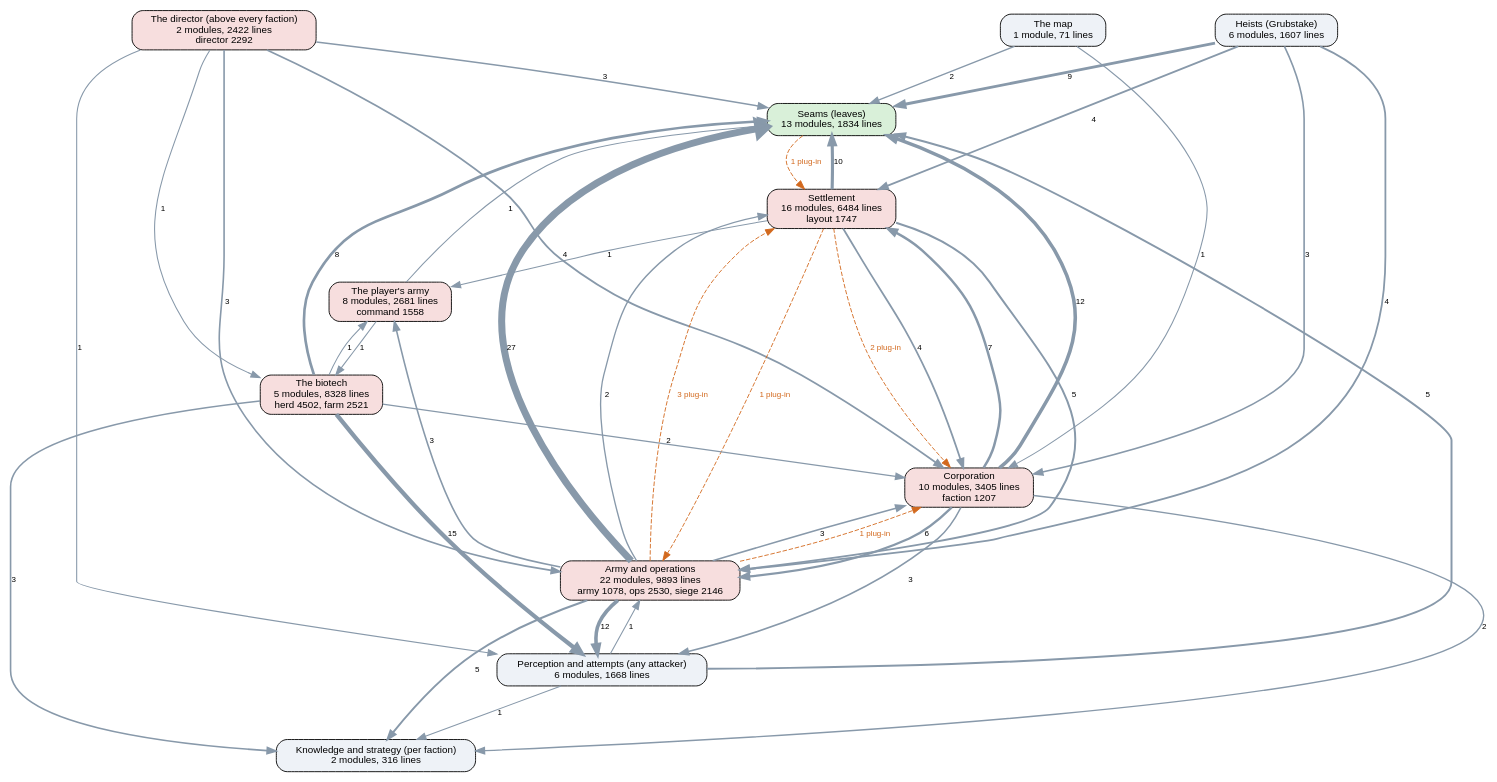
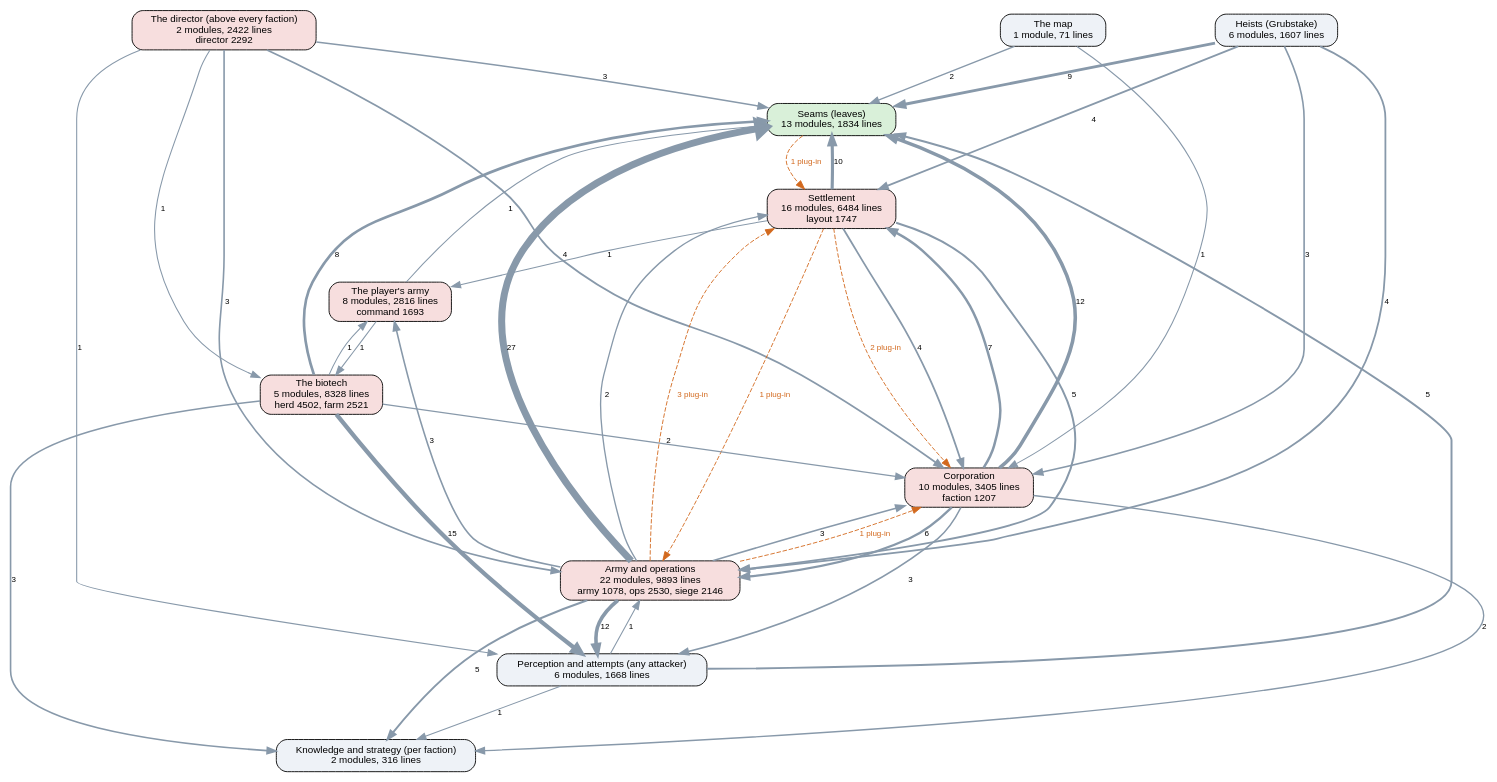
The diagram in docs/ai-layers.dot (kinelhu/landing-party), drawn with Graphviz before and after one commit. The commit also changed 20 other files, not shown here.

```diff
--- a/docs/ai-layers.dot
+++ b/docs/ai-layers.dot
@@ -1,57 +1,57 @@
 digraph layers {
   graph [rankdir=TB, fontname="Helvetica", nodesep=0.5, ranksep=0.7];
   node [shape=box, style="rounded,filled", fontname="Helvetica", fontsize=11, fillcolor="#eef2f7"];
   edge [color="#8899aa", fontname="Helvetica", fontsize=9];
   "Seams (leaves)" [label="Seams (leaves)\n13 modules, 1834 lines", fillcolor="#d9f0d9"];
   "Perception and attempts (any attacker)" [label="Perception and attempts (any attacker)\n6 modules, 1668 lines", fillcolor="#eef2f7"];
   "Knowledge and strategy (per faction)" [label="Knowledge and strategy (per faction)\n2 modules, 316 lines", fillcolor="#eef2f7"];
   "The director (above every faction)" [label="The director (above every faction)\n2 modules, 2422 lines\ndirector 2292", fillcolor="#f7dede"];
   "Corporation" [label="Corporation\n10 modules, 3405 lines\nfaction 1207", fillcolor="#f7dede"];
   "Settlement" [label="Settlement\n16 modules, 6484 lines\nlayout 1747", fillcolor="#f7dede"];
   "Army and operations" [label="Army and operations\n22 modules, 9893 lines\narmy 1078, ops 2530, siege 2146", fillcolor="#f7dede"];
   "Heists (Grubstake)" [label="Heists (Grubstake)\n6 modules, 1607 lines", fillcolor="#eef2f7"];
   "The biotech" [label="The biotech\n5 modules, 8328 lines\nherd 4502, farm 2521", fillcolor="#f7dede"];
   "The map" [label="The map\n1 module, 71 lines", fillcolor="#eef2f7"];
-  "The player's army" [label="The player's army\n8 modules, 2681 lines\ncommand 1558", fillcolor="#f7dede"];
+  "The player's army" [label="The player's army\n8 modules, 2816 lines\ncommand 1693", fillcolor="#f7dede"];
   "Army and operations" -> "Corporation" [label="3", penwidth=1.8];
   "Army and operations" -> "Knowledge and strategy (per faction)" [label="5", penwidth=2.2];
   "Army and operations" -> "Perception and attempts (any attacker)" [label="12", penwidth=4.0];
   "Army and operations" -> "Seams (leaves)" [label="27", penwidth=7.8];
   "Army and operations" -> "Settlement" [label="2", penwidth=1.5];
   "Army and operations" -> "The player's army" [label="3", penwidth=1.8];
   "Corporation" -> "Army and operations" [label="6", penwidth=2.5];
   "Corporation" -> "Knowledge and strategy (per faction)" [label="2", penwidth=1.5];
   "Corporation" -> "Perception and attempts (any attacker)" [label="3", penwidth=1.8];
   "Corporation" -> "Seams (leaves)" [label="12", penwidth=4.0];
   "Corporation" -> "Settlement" [label="7", penwidth=2.8];
   "Heists (Grubstake)" -> "Army and operations" [label="4", penwidth=2.0];
   "Heists (Grubstake)" -> "Corporation" [label="3", penwidth=1.8];
   "Heists (Grubstake)" -> "Seams (leaves)" [label="9", penwidth=3.2];
   "Heists (Grubstake)" -> "Settlement" [label="4", penwidth=2.0];
   "Perception and attempts (any attacker)" -> "Army and operations" [label="1", penwidth=1.2];
   "Perception and attempts (any attacker)" -> "Knowledge and strategy (per faction)" [label="1", penwidth=1.2];
   "Perception and attempts (any attacker)" -> "Seams (leaves)" [label="5", penwidth=2.2];
   "Settlement" -> "Army and operations" [label="5", penwidth=2.2];
   "Settlement" -> "Corporation" [label="4", penwidth=2.0];
   "Settlement" -> "Seams (leaves)" [label="10", penwidth=3.5];
   "Settlement" -> "The player's army" [label="1", penwidth=1.2];
   "The biotech" -> "Corporation" [label="2", penwidth=1.5];
   "The biotech" -> "Knowledge and strategy (per faction)" [label="3", penwidth=1.8];
   "The biotech" -> "Perception and attempts (any attacker)" [label="15", penwidth=4.8];
   "The biotech" -> "Seams (leaves)" [label="8", penwidth=3.0];
   "The biotech" -> "The player's army" [label="1", penwidth=1.2];
   "The director (above every faction)" -> "Army and operations" [label="3", penwidth=1.8];
   "The director (above every faction)" -> "Corporation" [label="4", penwidth=2.0];
   "The director (above every faction)" -> "Perception and attempts (any attacker)" [label="1", penwidth=1.2];
   "The director (above every faction)" -> "Seams (leaves)" [label="3", penwidth=1.8];
   "The director (above every faction)" -> "The biotech" [label="1", penwidth=1.2];
   "The map" -> "Corporation" [label="1", penwidth=1.2];
   "The map" -> "Seams (leaves)" [label="2", penwidth=1.5];
   "The player's army" -> "Seams (leaves)" [label="1", penwidth=1.2];
   "The player's army" -> "The biotech" [label="1", penwidth=1.2];
   "Army and operations" -> "Corporation" [style=dashed, color="#d2691e", fontcolor="#d2691e", label="1 plug-in"];
   "Army and operations" -> "Settlement" [style=dashed, color="#d2691e", fontcolor="#d2691e", label="3 plug-in"];
   "Seams (leaves)" -> "Settlement" [style=dashed, color="#d2691e", fontcolor="#d2691e", label="1 plug-in"];
   "Settlement" -> "Army and operations" [style=dashed, color="#d2691e", fontcolor="#d2691e", label="1 plug-in"];
   "Settlement" -> "Corporation" [style=dashed, color="#d2691e", fontcolor="#d2691e", label="2 plug-in"];
 }
```
